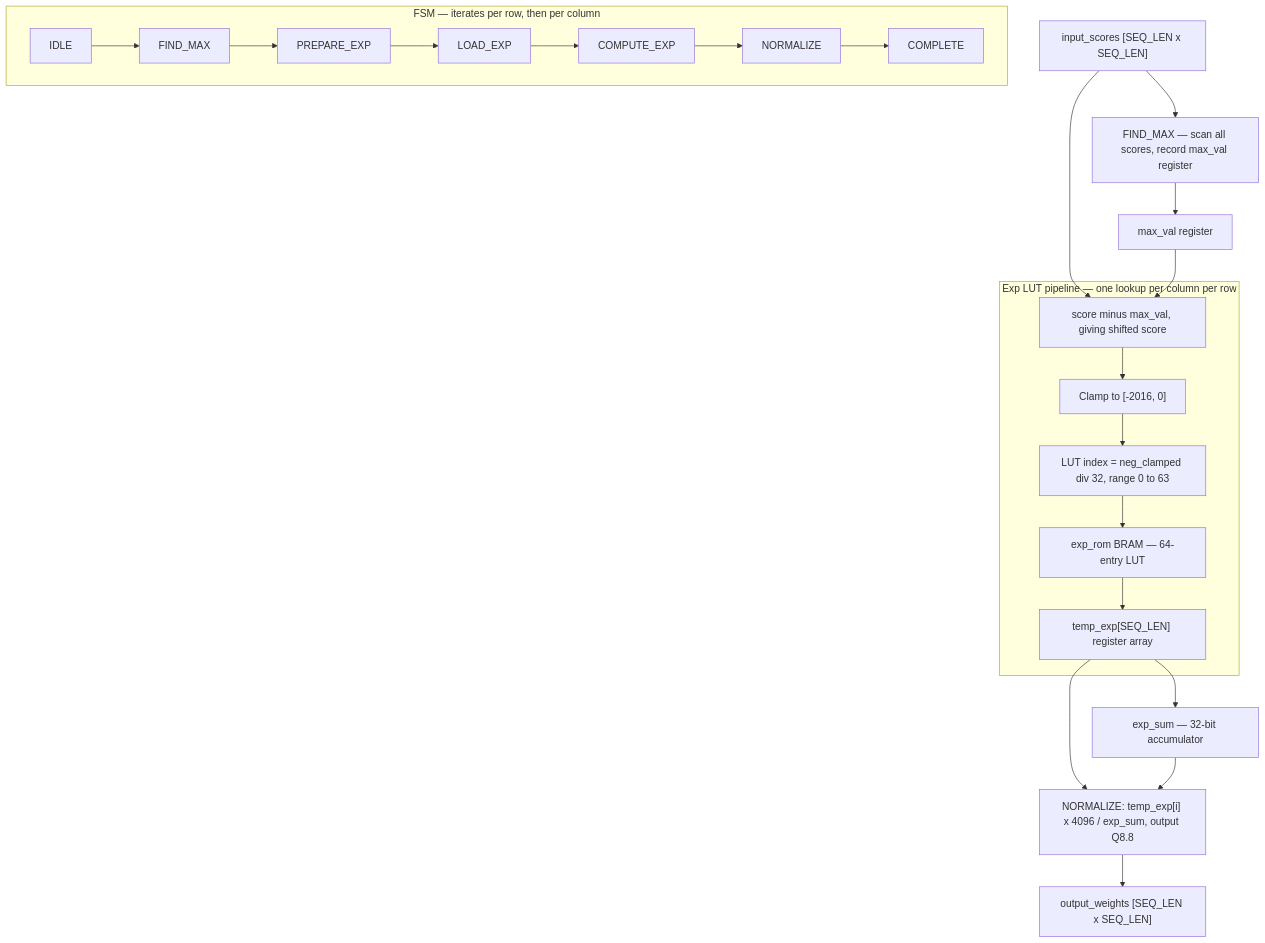
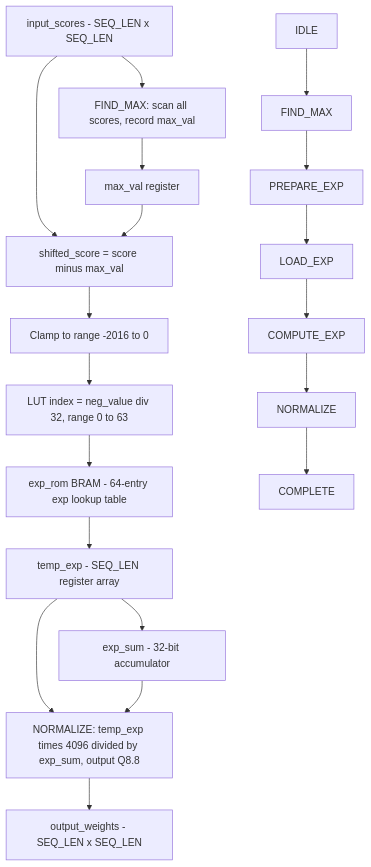
One commit to Fluxx7/FPGA-Transformer-Acceleration changed the fourth of 7 diagrams in report/05b_hardware_validation.md. Above: the diagram before and after it, drawn with Mermaid. The commit also changed other lines of this file, not shown here.

First line of the commit message:
Simplify Mermaid diagrams for VS Code preview compatibility

````diff
--- a/report/05b_hardware_validation.md
+++ b/report/05b_hardware_validation.md
@@ -143,30 +142,25 @@
 ```mermaid
 graph TD
-    IN["input_scores [SEQ_LEN x SEQ_LEN]"]
+    IN["input_scores - SEQ_LEN x SEQ_LEN"]
+    FINDMAX["FIND_MAX: scan all scores, record max_val"]
+    MAXVAL["max_val register"]
+    SUB["shifted_score = score minus max_val"]
+    CLAMP2["Clamp to range -2016 to 0"]
+    IDX["LUT index = neg_value div 32, range 0 to 63"]
+    ROM["exp_rom BRAM - 64-entry exp lookup table"]
+    TEMP["temp_exp - SEQ_LEN register array"]
+    EXPSUM["exp_sum - 32-bit accumulator"]
+    NORM["NORMALIZE: temp_exp times 4096 divided by exp_sum, output Q8.8"]
+    OUT["output_weights - SEQ_LEN x SEQ_LEN"]
 
-    FINDMAX["FIND_MAX — scan all scores, record max_val register"]
-    MAXVAL["max_val register"]
-
-    subgraph ExpPipe["Exp LUT pipeline — one lookup per column per row"]
-        SUB["score minus max_val, giving shifted score"]
-        CLAMP2["Clamp to [-2016, 0]"]
-        IDX["LUT index = neg_clamped div 32, range 0 to 63"]
-        ROM["exp_rom BRAM — 64-entry LUT"]
-        TEMP["temp_exp[SEQ_LEN] register array"]
-    end
-
-    EXPSUM["exp_sum — 32-bit accumulator"]
-    NORM["NORMALIZE: temp_exp[i] x 4096 / exp_sum, output Q8.8"]
-    OUT["output_weights [SEQ_LEN x SEQ_LEN]"]
-
-    subgraph FSM["FSM — iterates per row, then per column"]
-        f0[IDLE] --> f1[FIND_MAX] --> f2[PREPARE_EXP] --> f3[LOAD_EXP] --> f4[COMPUTE_EXP] --> f5[NORMALIZE] --> f6[COMPLETE]
-    end
+    s0[IDLE] --> s1[FIND_MAX] --> s2[PREPARE_EXP] --> s3[LOAD_EXP] --> s4[COMPUTE_EXP] --> s5[NORMALIZE] --> s6[COMPLETE]
 
     IN --> FINDMAX --> MAXVAL
     IN --> SUB
     MAXVAL --> SUB
     SUB --> CLAMP2 --> IDX --> ROM --> TEMP
     TEMP --> EXPSUM
-    TEMP & EXPSUM --> NORM --> OUT
+    TEMP --> NORM
+    EXPSUM --> NORM
+    NORM --> OUT
 ```
````
